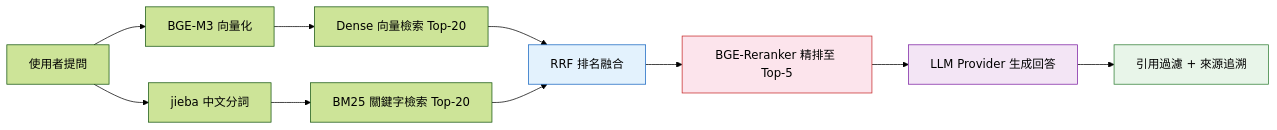
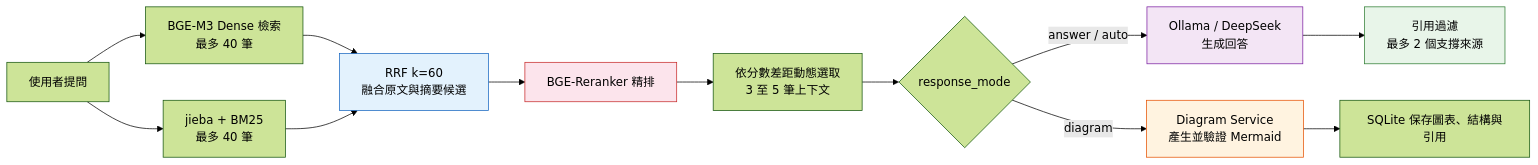
One commit to victorhi2005-lang/VoiceRAG changed the second of 3 diagrams in README.md. Above: the diagram before and after it, drawn with Mermaid (forest theme). The commit also changed other lines of this file, not shown here.

````diff
--- a/README.md
+++ b/README.md
@@ -94,17 +102,20 @@
 ```mermaid
 flowchart LR
-    A["使用者提問"] --> B["BGE-M3 向量化"]
-    B --> C["Dense 向量檢索 Top-20"]
-    A --> D["jieba 中文分詞"]
-    D --> E["BM25 關鍵字檢索 Top-20"]
-    C --> F["RRF 排名融合"]
-    E --> F
-    F --> G["BGE-Reranker 精排至 Top-5"]
-    G --> H["LLM Provider 生成回答"]
-    H --> I["引用過濾 + 來源追溯"]
+    A["使用者提問"] --> B["BGE-M3 Dense 檢索<br/>最多 40 筆"]
+    A --> C["jieba + BM25<br/>最多 40 筆"]
+    B --> D["RRF k=60<br/>融合原文與摘要候選"]
+    C --> D
+    D --> E["BGE-Reranker 精排"]
+    E --> F["依分數差距動態選取<br/>3 至 5 筆上下文"]
+    F --> G{"response_mode"}
+    G -->|"answer / auto"| H["Ollama / DeepSeek<br/>生成回答"]
+    H --> I["引用過濾<br/>最多 2 個支撐來源"]
+    G -->|"diagram"| J["Diagram Service<br/>產生並驗證 Mermaid"]
+    J --> K["SQLite 保存圖表、結構與引用"]
 
-    style F fill:#E3F2FD,stroke:#1565C0,color:#000
-    style G fill:#FCE4EC,stroke:#C62828,color:#000
+    style D fill:#E3F2FD,stroke:#1565C0,color:#000
+    style E fill:#FCE4EC,stroke:#C62828,color:#000
     style H fill:#F3E5F5,stroke:#7B1FA2,color:#000
     style I fill:#E8F5E9,stroke:#2E7D32,color:#000
+    style J fill:#FFF3E0,stroke:#E65100,color:#000
 ```
````
